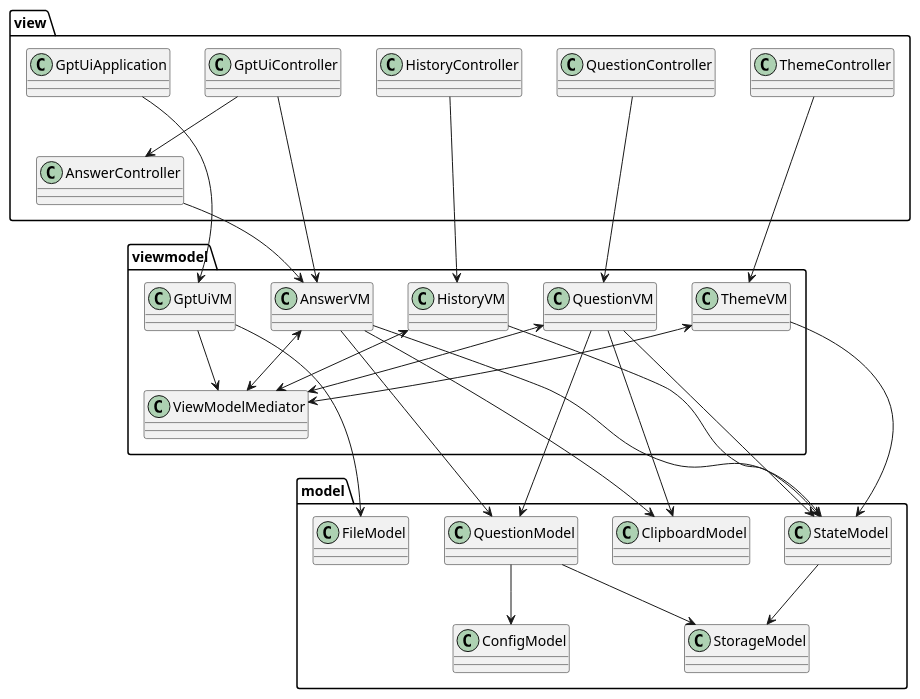
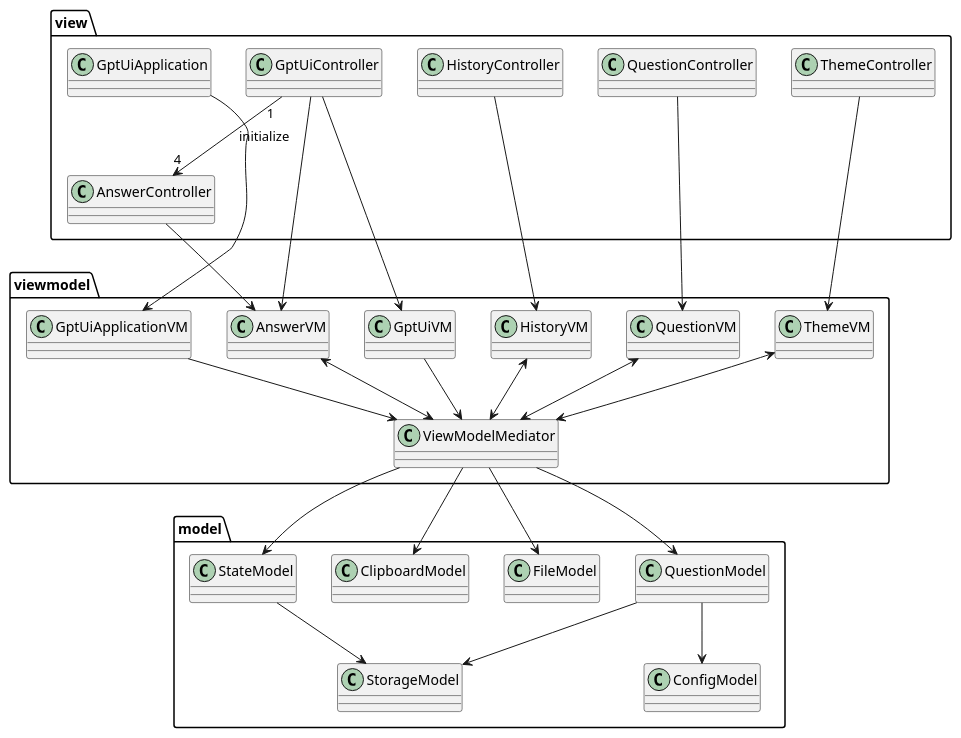
One commit to Aleks-Ya/yaal_examples changed the diagram in Java+/App+/GptUi/docs/Class Diagram 2.puml. Above: the diagram before and after it, drawn with PlantUML. The commit also changed 11 other files, not shown here.

Commit message:
Java: GptUi: ViewModels use Models via Mediator

```diff
--- a/Java+/App+/GptUi/docs/Class Diagram 2.puml
+++ b/Java+/App+/GptUi/docs/Class Diagram 2.puml
@@ -1,59 +1,61 @@
 @startuml
 'https://plantuml.com/class-diagram
 
 package model{
     class StateModel
     class ClipboardModel
     class ConfigModel
     class FileModel
     class QuestionModel
     class StorageModel
 }
 package viewmodel {
+    class GptUiApplicationVM
     class AnswerVM
     class GptUiVM
     class HistoryVM
     class QuestionVM
     class ThemeVM
     class ViewModelMediator
 }
 
 package view {
+    class GptUiApplication
     class AnswerController
     class GptUiApplication
     class GptUiController
     class HistoryController
     class QuestionController
     class ThemeController
 }
 
+GptUiApplication --> GptUiApplicationVM
+
+GptUiApplicationVM --> ViewModelMediator
+
 ThemeController ---> ThemeVM
 QuestionController ---> QuestionVM
 HistoryController ---> HistoryVM
 AnswerController --> AnswerVM
-GptUiApplication --> GptUiVM
 
-GptUiController --> AnswerController
+GptUiController "1" --> "4" AnswerController: initialize
 GptUiController --> AnswerVM
+GptUiController --> GptUiVM
 
 ThemeVM <--> ViewModelMediator
 QuestionVM <--> ViewModelMediator
 HistoryVM <--> ViewModelMediator
 GptUiVM --> ViewModelMediator
 AnswerVM <--> ViewModelMediator
-ThemeVM ---> StateModel
-HistoryVM ---> StateModel
-QuestionVM ---> StateModel
-QuestionVM ---> QuestionModel
-QuestionVM ---> ClipboardModel
-AnswerVM --> StateModel
-AnswerVM --> QuestionModel
-AnswerVM --> ClipboardModel
-GptUiVM --> FileModel
 
 StateModel --> StorageModel
 QuestionModel --> StorageModel
 QuestionModel --> ConfigModel
 
+ViewModelMediator --> StateModel
+ViewModelMediator --> QuestionModel
+ViewModelMediator --> ClipboardModel
+ViewModelMediator --> FileModel
+
 
 @enduml
```
